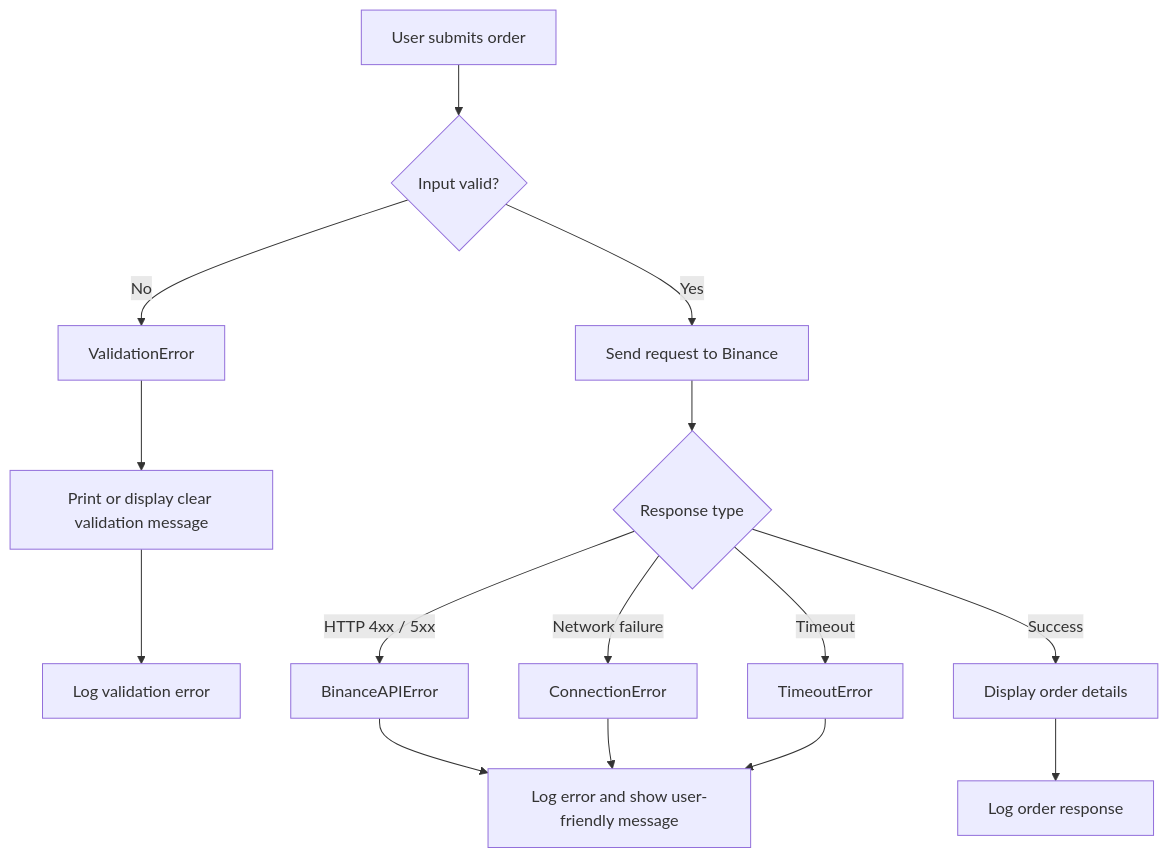
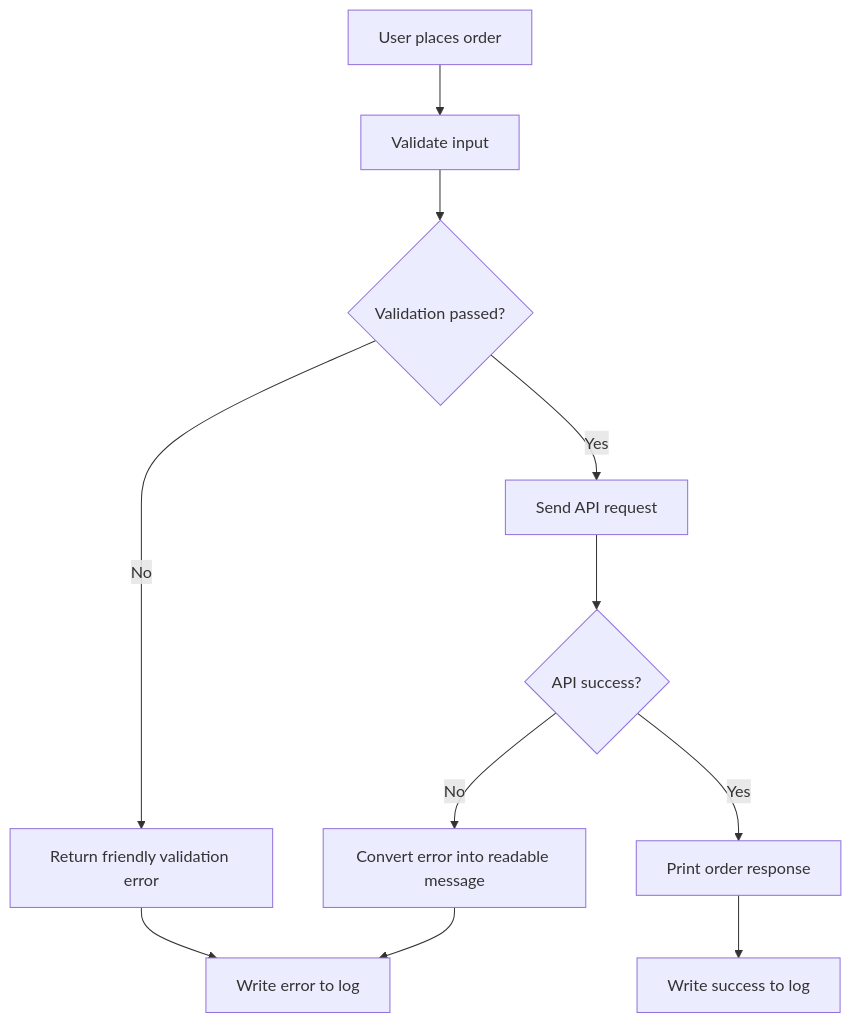
The third of 3 diagrams in README.md (avnisinghal001/PrimeTrade-ai), drawn with Mermaid before and after one commit. The commit also changed other lines of this file, not shown here.

````diff
--- a/README.md
+++ b/README.md
@@ -512,21 +330,16 @@
 ```mermaid
 flowchart TD
-    A[User submits order] --> B{Input valid?}
+    A[User places order] --> B[Validate input]
+    B --> C{Validation passed?}
 
-    B -->|No| C[ValidationError]
-    C --> D[Print or display clear validation message]
-    D --> M[Log validation error]
+    C -- No --> D[Return friendly validation error]
+    C -- Yes --> E[Send API request]
 
-    B -->|Yes| E[Send request to Binance]
-    E --> F{Response type}
+    E --> F{API success?}
+    F -- Yes --> G[Print order response]
+    F -- No --> H[Convert error into readable message]
 
-    F -->|HTTP 4xx / 5xx| G[BinanceAPIError]
-    F -->|Network failure| H[ConnectionError]
-    F -->|Timeout| I[TimeoutError]
-    F -->|Success| J[Display order details]
-
-    G --> K[Log error and show user-friendly message]
-    H --> K
-    I --> K
-    J --> L[Log order response]
+    D --> I[Write error to log]
+    H --> I[Write error to log]
+    G --> J[Write success to log]
 ```
````
